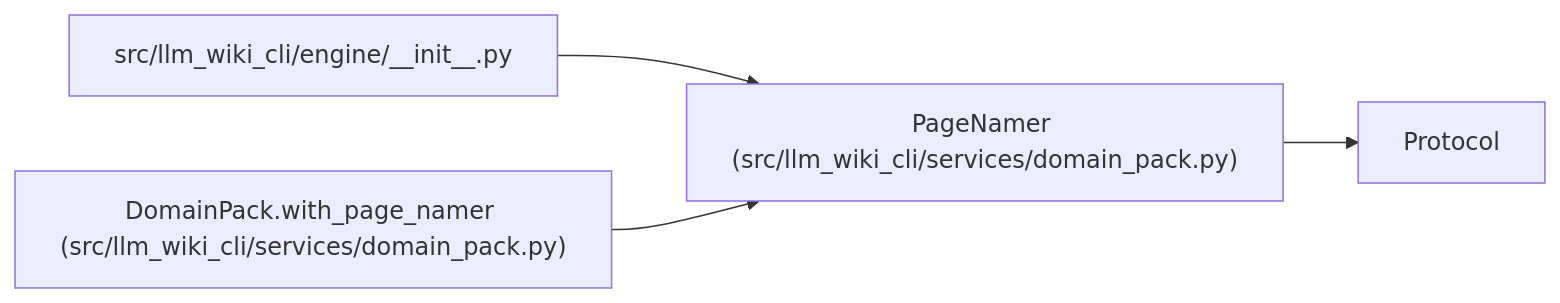
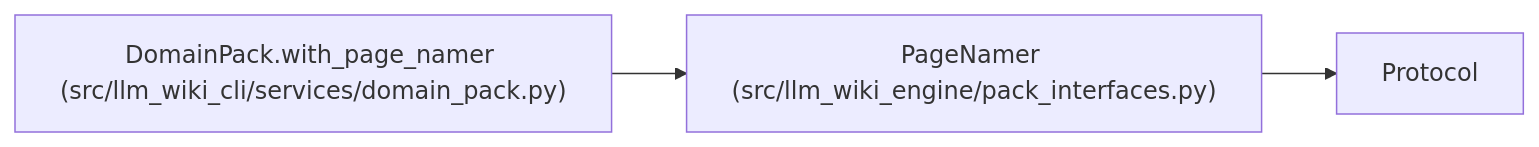
Before and after one commit to Denissvgn/python-wiki-llm: the diagram in docs/llm_wiki/entities/PageNamer.md, drawn with Mermaid. The commit also changed other lines of this file and 585 other files, not shown here.

Commit message:
docs: refresh the wiki for per-engine integrations

````diff
--- a/docs/llm_wiki/entities/PageNamer.md
+++ b/docs/llm_wiki/entities/PageNamer.md
@@ -28,13 +28,10 @@
 ```mermaid
 flowchart LR
-    n0["PageNamer (src/llm_wiki_cli/services/domain_pack.py)"]
+    n0["PageNamer (src/llm_wiki_engine/pack_interfaces.py)"]
     n1["Protocol"]
-    n2["src/llm_wiki_cli/engine/__init__.py"]
-    n3["DomainPack.with_page_namer (src/llm_wiki_cli/services/domain_pack.py)"]
+    n2["DomainPack.with_page_namer (src/llm_wiki_cli/services/domain_pack.py)"]
     n0 --> n1
     n2 --> n0
-    n3 --> n0
-    click n0 "../modules/domain_pack.md"
-    click n2 "../modules/engine___init__.md"
-    click n3 "../modules/domain_pack.md"
+    click n0 "../modules/pack_interfaces.md"
+    click n2 "../modules/domain_pack.md"
 ```
````
